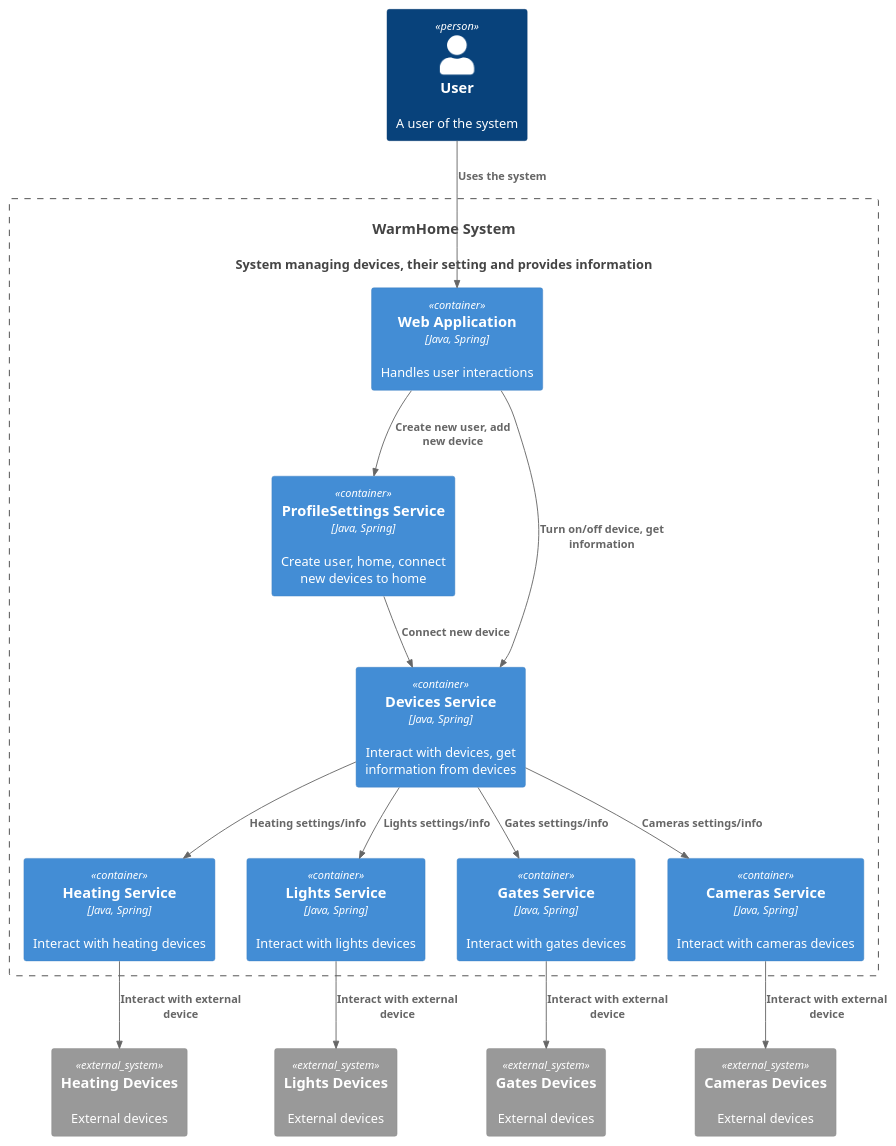
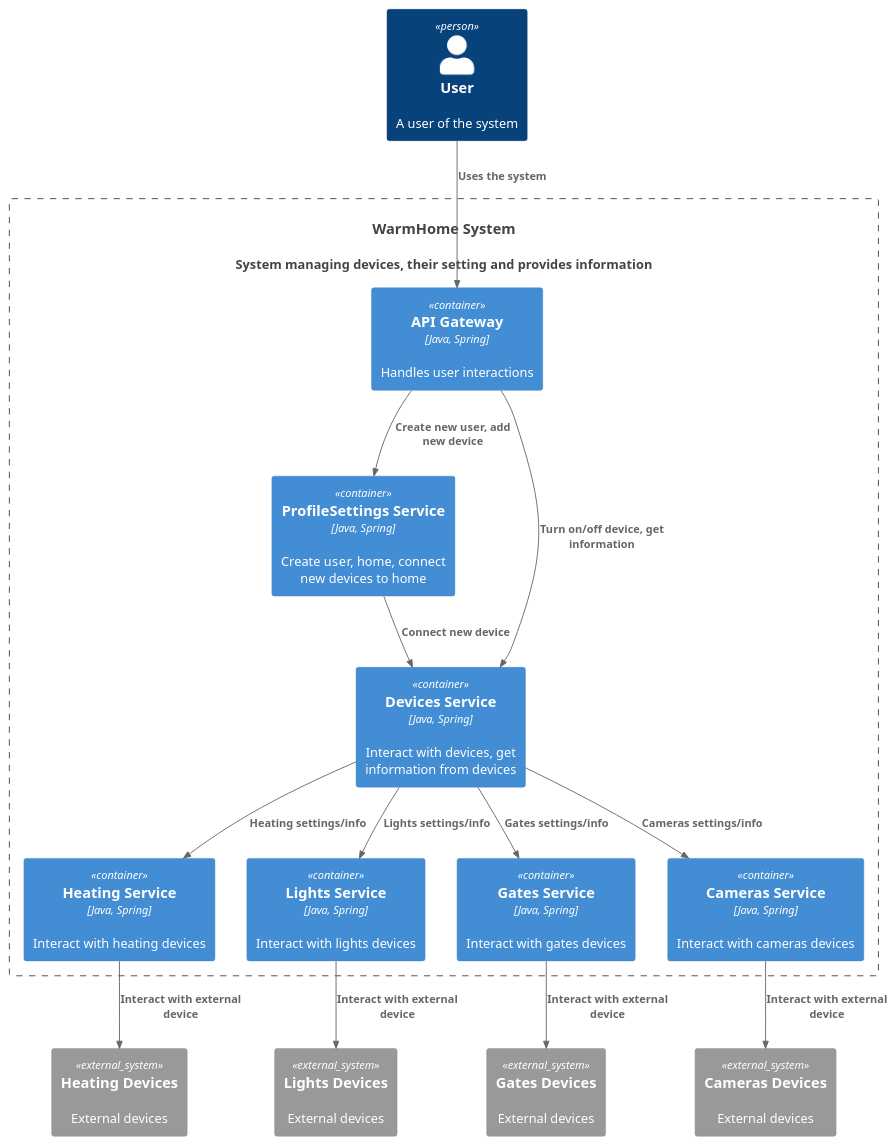
The diagram in diagrams/containers.puml (AlexandraPolozenko/Yandex-Practicum-architecture-sprint-3), drawn with PlantUML before and after one commit. The commit also changed 1 other file, not shown here.

```diff
--- a/diagrams/containers.puml
+++ b/diagrams/containers.puml
@@ -1,39 +1,39 @@
 @startuml
 
 top to bottom direction
 
 !includeurl https://raw.githubusercontent.com/RicardoNiepel/C4-PlantUML/master/C4_Component.puml
 
 Person(user, "User", "A user of the system")
 System(WarmHome, "WarmHome System", "System managing devices, their setting and provides information")
 
 Container_Boundary(WarmHome, "WarmHome System") {
-  Container(WebApp, "Web Application", "Java, Spring", "Handles user interactions")
+  Container(WebApp, "API Gateway", "Java, Spring", "Handles user interactions")
   Container(ProfileSettings, "ProfileSettings Service", "Java, Spring", "Create user, home, connect new devices to home")
   Container(Devices, "Devices Service", "Java, Spring", "Interact with devices, get information from devices")
   Container(Heating, "Heating Service", "Java, Spring", "Interact with heating devices")
   Container(Lights, "Lights Service", "Java, Spring", "Interact with lights devices")
   Container(Gates, "Gates Service", "Java, Spring", "Interact with gates devices")
   Container(Cameras, "Cameras Service", "Java, Spring", "Interact with cameras devices")
 }
 
 System_Ext(heating, "Heating Devices", "External devices")
 System_Ext(lights, "Lights Devices", "External devices")
 System_Ext(gates, "Gates Devices", "External devices")
 System_Ext(cameras, "Cameras Devices", "External devices")
 
 
 Rel(user, WebApp, "Uses the system")
 Rel(WebApp,ProfileSettings,"Create new user, add new device")
 Rel(WebApp,Devices,"Turn on/off device, get information")
 Rel(ProfileSettings,Devices,"Connect new device")
 Rel(Devices,Heating,"Heating settings/info")
 Rel(Devices,Lights,"Lights settings/info")
 Rel(Devices,Gates,"Gates settings/info")
 Rel(Devices,Cameras,"Cameras settings/info")
 Rel(Heating,heating,"Interact with external device")
 Rel(Lights,lights,"Interact with external device")
 Rel(Gates,gates,"Interact with external device")
 Rel(Cameras,cameras,"Interact with external device")
 
 @enduml
```
